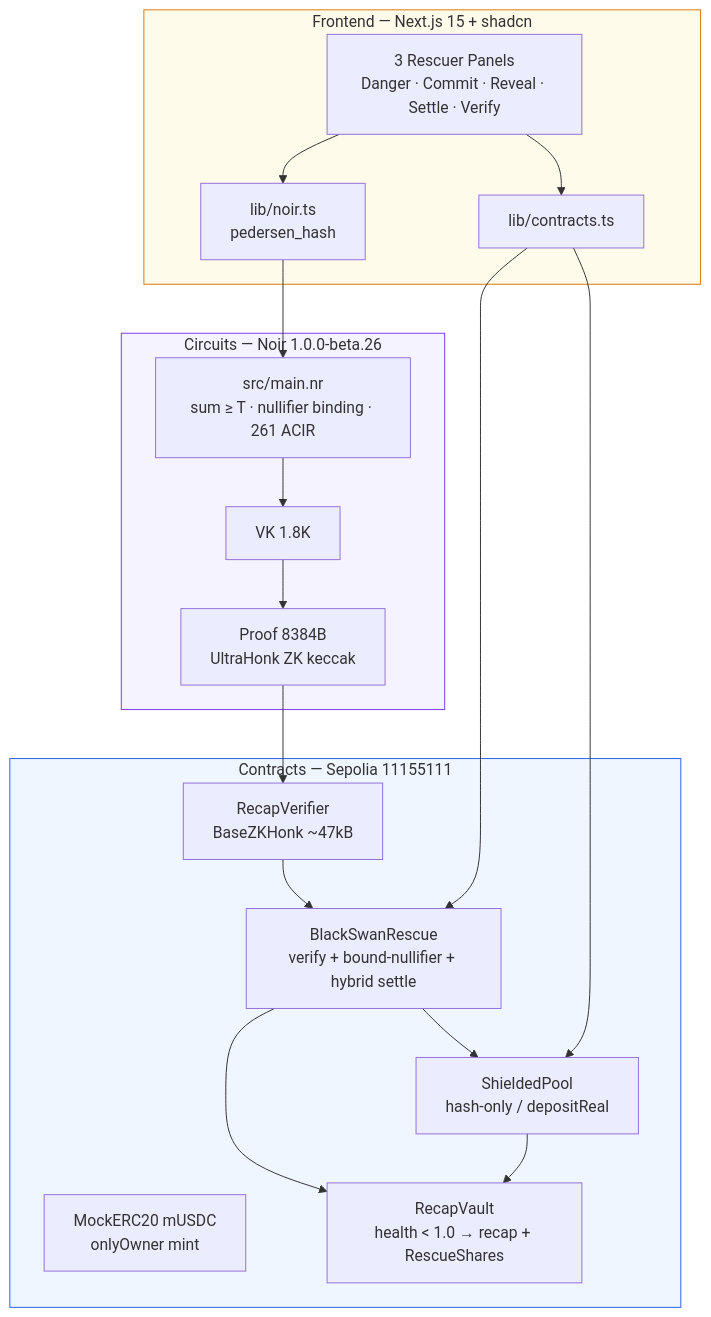
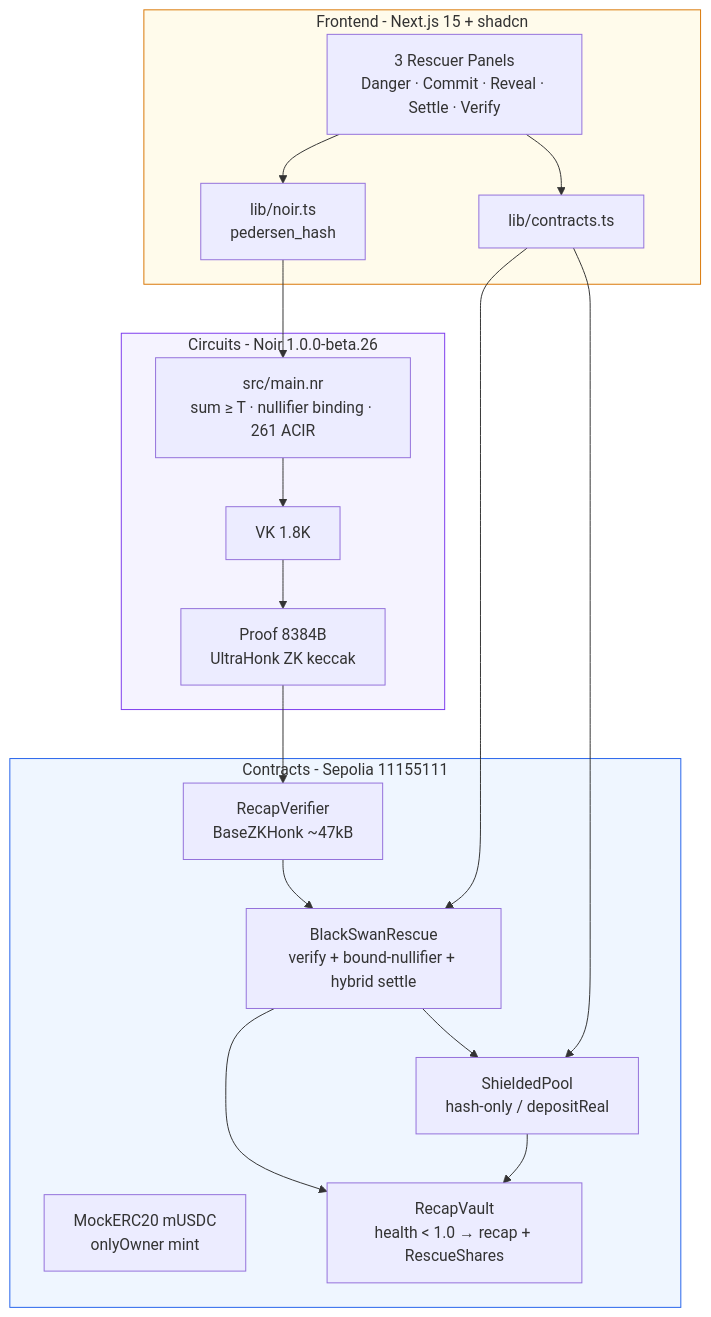
The third of 5 diagrams in README.md (sujalmh/blackswan-relay), drawn with Mermaid before and after one commit. The commit also changed other lines of this file and 11 other files, not shown here.

````diff
--- a/README.md
+++ b/README.md
@@ -88,32 +88,32 @@
 ```mermaid
 flowchart TB
-  subgraph FE["Frontend — Next.js 15 + shadcn"]
+  subgraph FE["Frontend - Next.js 15 + shadcn"]
     UI[3 Rescuer Panels<br/>Danger · Commit · Reveal · Settle · Verify]
     NoirLib[lib/noir.ts<br/>pedersen_hash]
     ViemLib[lib/contracts.ts]
   end
-  subgraph Circuits["Circuits — Noir 1.0.0-beta.26"]
+  subgraph Circuits["Circuits - Noir 1.0.0-beta.26"]
     CKT[src/main.nr<br/>sum ≥ T · nullifier binding · 261 ACIR]
     VK[VK 1.8K]
     PRF[Proof 8384B<br/>UltraHonk ZK keccak]
   end
-  subgraph Chain["Contracts — Sepolia 11155111"]
+  subgraph Chain["Contracts - Sepolia 11155111"]
     ERC[MockERC20 mUSDC<br/>onlyOwner mint]
     VAULT[RecapVault<br/>health < 1.0 → recap + RescueShares]
     RESCUE[BlackSwanRescue<br/>verify + bound-nullifier + hybrid settle]
     POOL[ShieldedPool<br/>hash-only / depositReal]
     VERIF[RecapVerifier<br/>BaseZKHonk ~47kB]
   end
   UI --> NoirLib
   UI --> ViemLib
   NoirLib --> CKT
   CKT --> VK --> PRF
   PRF --> VERIF --> RESCUE
   ViemLib --> RESCUE
   ViemLib --> POOL
   RESCUE --> VAULT
   RESCUE --> POOL --> VAULT
   style FE fill:#FFFBEB,stroke:#D97706
   style Circuits fill:#F5F3FF,stroke:#7C3AED
   style Chain fill:#EFF6FF,stroke:#2563EB
 ```
````
